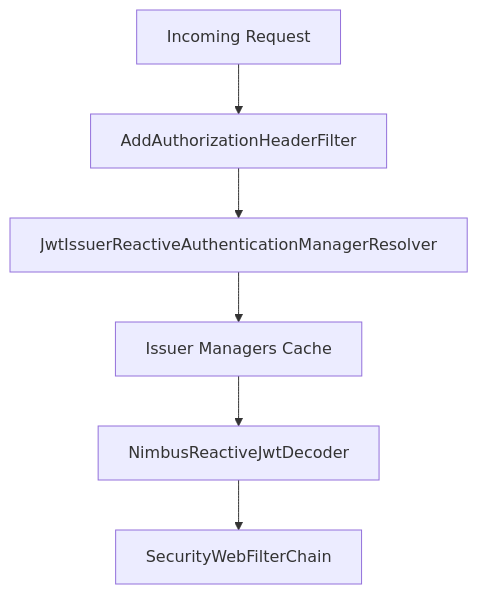
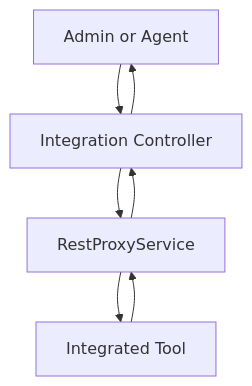
The second of 7 diagrams in docs/architecture/gateway-service-core/gateway-service-core.md (Praesto-Pro/openframe-oss-tenant), drawn with Mermaid before and after one commit. The commit also changed other lines of this file and 174 other files, not shown here.

````diff
--- a/docs/architecture/gateway-service-core/gateway-service-core.md
+++ b/docs/architecture/gateway-service-core/gateway-service-core.md
@@ -77,8 +98,9 @@
 ```mermaid
 flowchart TD
-    Request["Incoming Request"] --> AddHeader["AddAuthorizationHeaderFilter"]
-    AddHeader --> JwtResolver["JwtIssuerReactiveAuthenticationManagerResolver"]
-    JwtResolver --> Cache["Issuer Managers Cache"]
-    Cache --> Decoder["NimbusReactiveJwtDecoder"]
-    Decoder --> Security["SecurityWebFilterChain"]
+    Client["Admin or Agent"] --> Controller["Integration Controller"]
+    Controller --> RestProxy["RestProxyService"]
+    RestProxy --> Tool["Integrated Tool"]
+    Tool --> RestProxy
+    RestProxy --> Controller
+    Controller --> Client
 ```
````
